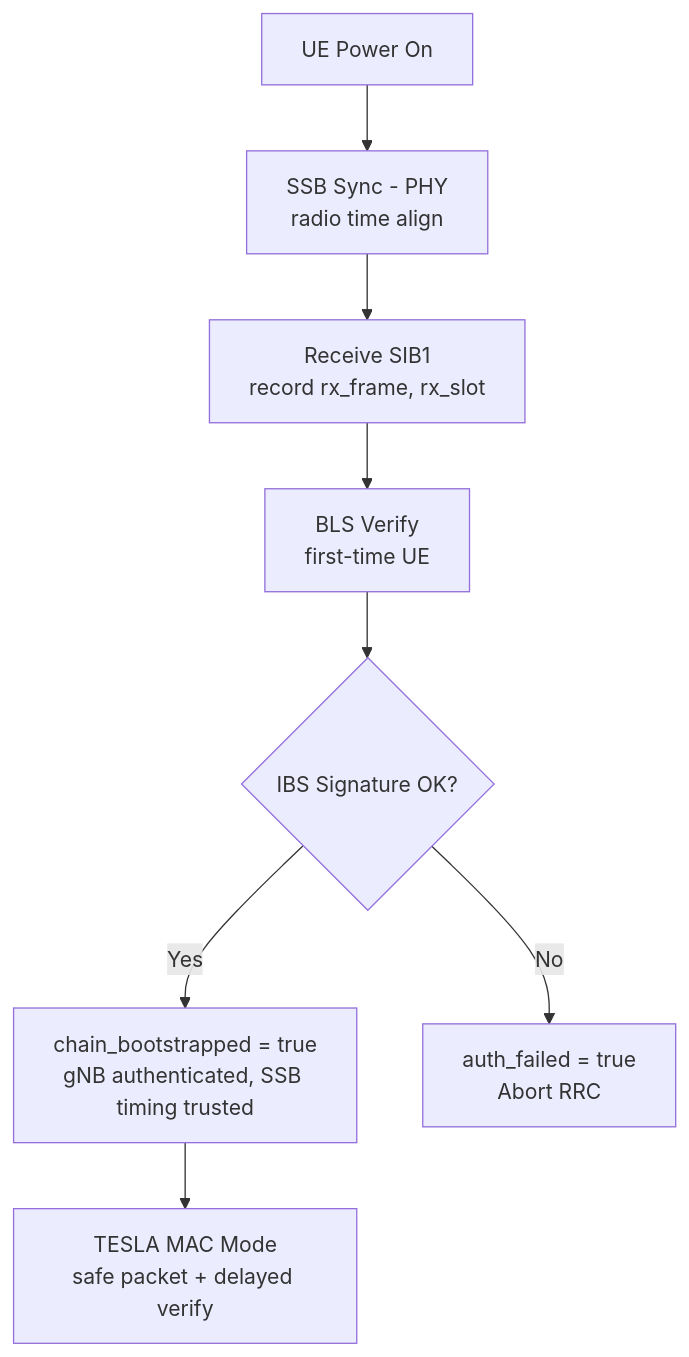
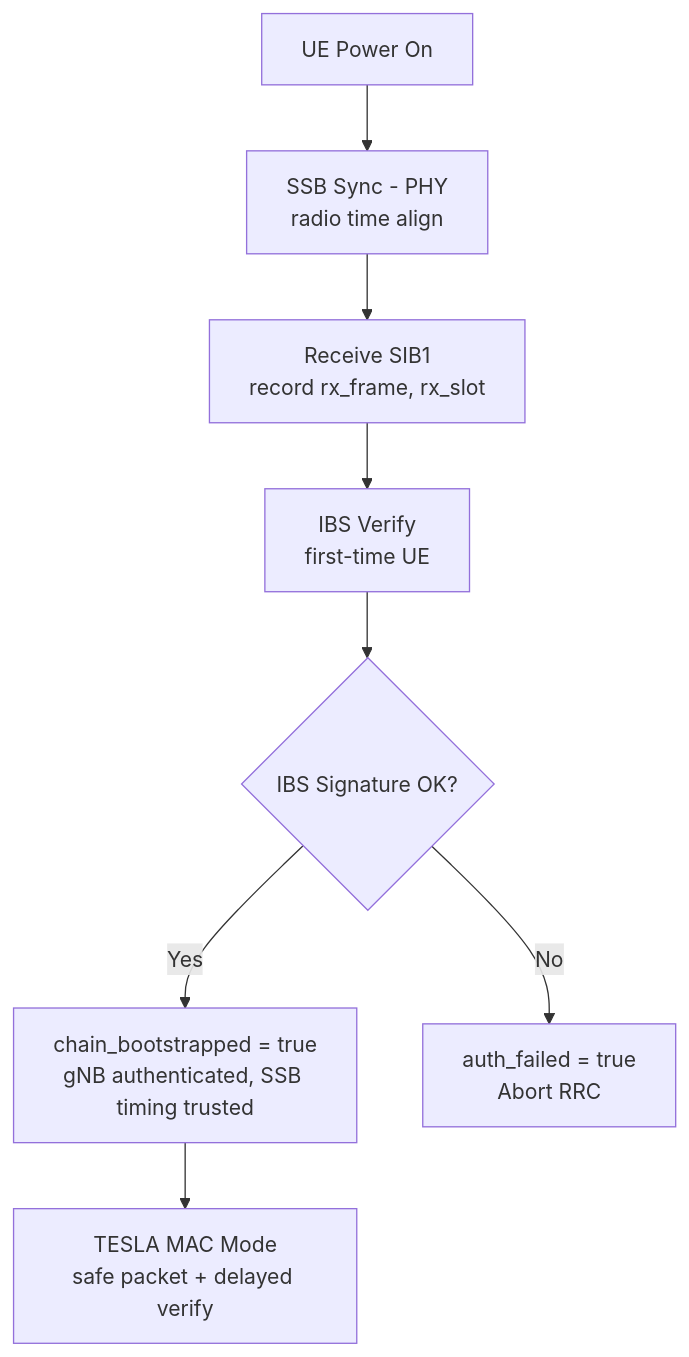
One commit to ssubinsong/oai-tf5 changed the diagram in doc-tf5/time-sync.md. Above: the diagram before and after it, drawn with Mermaid. The commit also changed 10 other files, not shown here.

````diff
--- a/doc-tf5/time-sync.md
+++ b/doc-tf5/time-sync.md
@@ -272,10 +272,10 @@
 ```mermaid
 flowchart TD
     A[UE Power On] --> B[SSB Sync - PHY<br/>radio time align]
     B --> C[Receive SIB1<br/>record rx_frame, rx_slot]
-    C --> D[BLS Verify<br/>first-time UE]
+    C --> D[IBS Verify<br/>first-time UE]
     D --> E{IBS Signature OK?}
     E -->|Yes| F[chain_bootstrapped = true<br/>gNB authenticated, SSB timing trusted]
     E -->|No| G[auth_failed = true<br/>Abort RRC]
     F --> H[TESLA MAC Mode<br/>safe packet + delayed verify]
 ```
````
